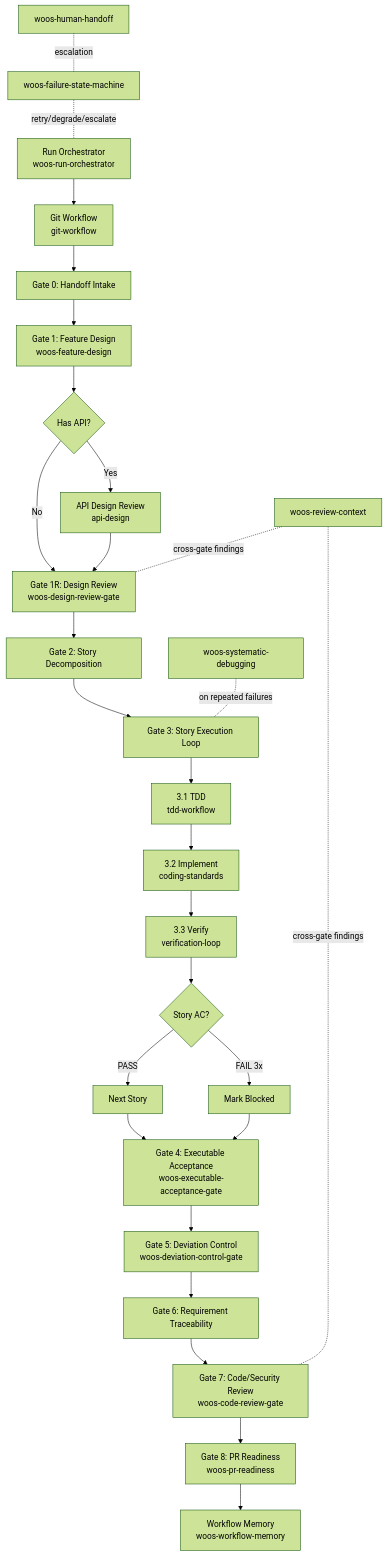
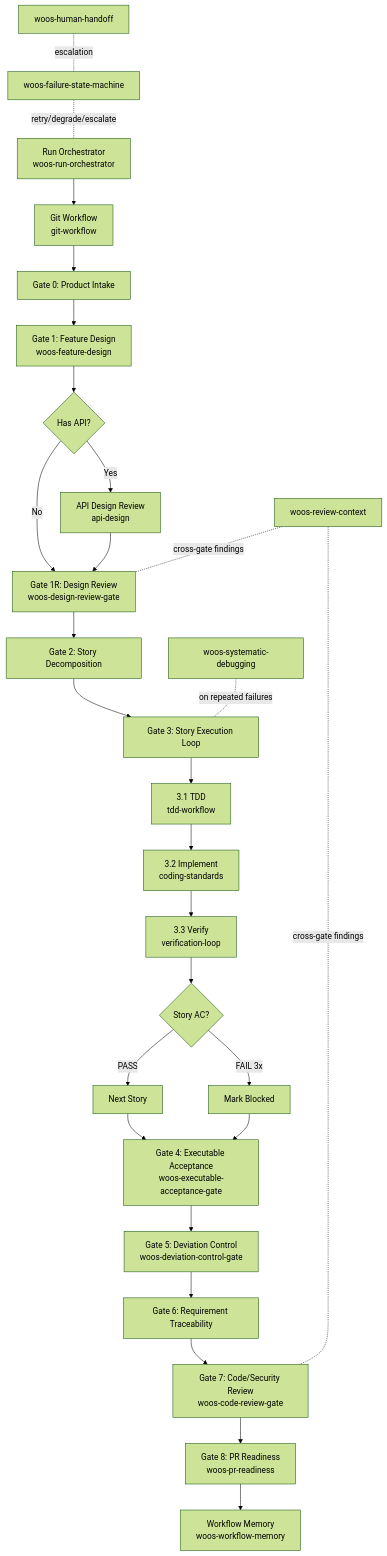
One commit to zero-click/zero-prd-to-pr changed the diagram in README.md. Above: the diagram before and after it, drawn with Mermaid (forest theme). The commit also changed other lines of this file and 31 other files, not shown here.

````diff
--- a/README.md
+++ b/README.md
@@ -59,32 +58,32 @@
 ```mermaid
 flowchart TD
   A[Run Orchestrator<br/>woos-run-orchestrator] --> B[Git Workflow<br/>git-workflow]
-  B --> C[Gate 0: Handoff Intake]
+  B --> C[Gate 0: Product Intake]
   C --> D[Gate 1: Feature Design<br/>woos-feature-design]
   D --> D1{Has API?}
   D1 -->|Yes| D2[API Design Review<br/>api-design]
   D1 -->|No| E
   D2 --> E[Gate 1R: Design Review<br/>woos-design-review-gate]
   E --> F[Gate 2: Story Decomposition]
   F --> G[Gate 3: Story Execution Loop]
   G --> G1[3.1 TDD<br/>tdd-workflow]
   G1 --> G2[3.2 Implement<br/>coding-standards]
   G2 --> G3[3.3 Verify<br/>verification-loop]
   G3 --> G4{Story AC?}
   G4 -->|PASS| G5[Next Story]
   G4 -->|FAIL 3x| G6[Mark Blocked]
   G5 --> H
   G6 --> H
   H[Gate 4: Executable Acceptance<br/>woos-executable-acceptance-gate]
   H --> I[Gate 5: Deviation Control<br/>woos-deviation-control-gate]
   I --> J[Gate 6: Requirement Traceability]
   J --> K[Gate 7: Code/Security Review<br/>woos-code-review-gate]
   K --> L[Gate 8: PR Readiness<br/>woos-pr-readiness]
   L --> M[Workflow Memory<br/>woos-workflow-memory]
 
   N[woos-failure-state-machine] -.retry/degrade/escalate.- A
   O[woos-systematic-debugging] -.on repeated failures.- G
   P[woos-human-handoff] -.escalation.- N
   Q[woos-review-context] -.cross-gate findings.- E
   Q -.cross-gate findings.- K
 ```
````
